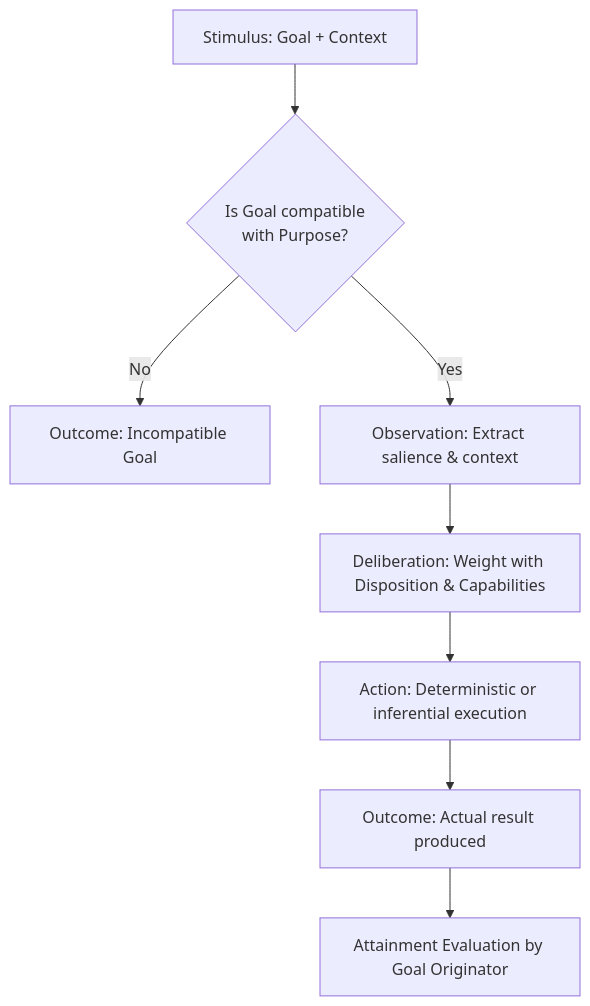
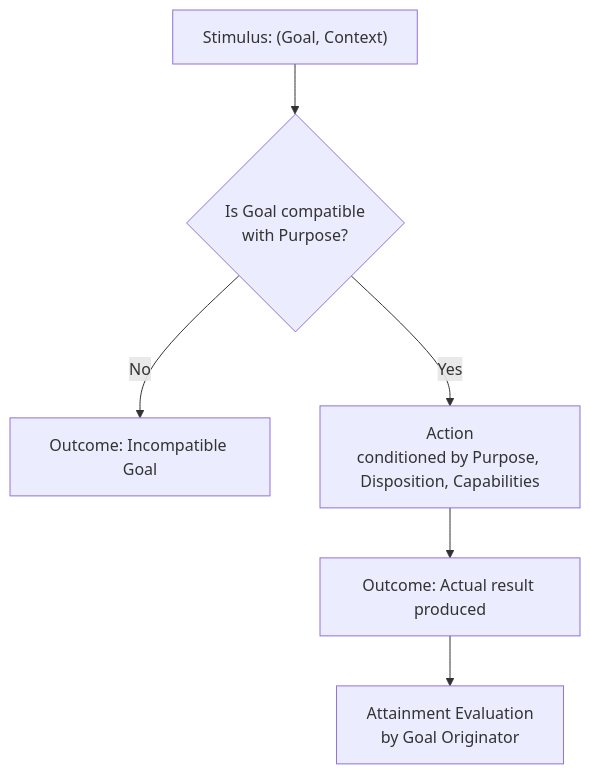
The diagram in README.md (christian-marino-alvarez/uca-specification), drawn with Mermaid before and after one commit. The commit also changed other lines of this file and 3 other files, not shown here.

````diff
--- a/README.md
+++ b/README.md
@@ -116,10 +127,8 @@
 ```mermaid
 flowchart TD
-    STIM[Stimulus: Goal + Context] --> VAL{Is Goal compatible<br/>with Purpose?}
+    STIM["Stimulus: (Goal, Context)"] --> VAL{Is Goal compatible<br/>with Purpose?}
     VAL -- No --> REJ[Outcome: Incompatible Goal]
-    VAL -- Yes --> OBS[Observation: Extract salience & context]
-    OBS --> DEC[Deliberation: Weight with Disposition & Capabilities]
-    DEC --> ACT[Action: Deterministic or inferential execution]
+    VAL -- Yes --> ACT[Action<br/>conditioned by Purpose, Disposition, Capabilities]
     ACT --> OUT[Outcome: Actual result produced]
-    OUT --> ATT[Attainment Evaluation by Goal Originator]
+    OUT --> ATT[Attainment Evaluation<br/>by Goal Originator]
 ```
````
